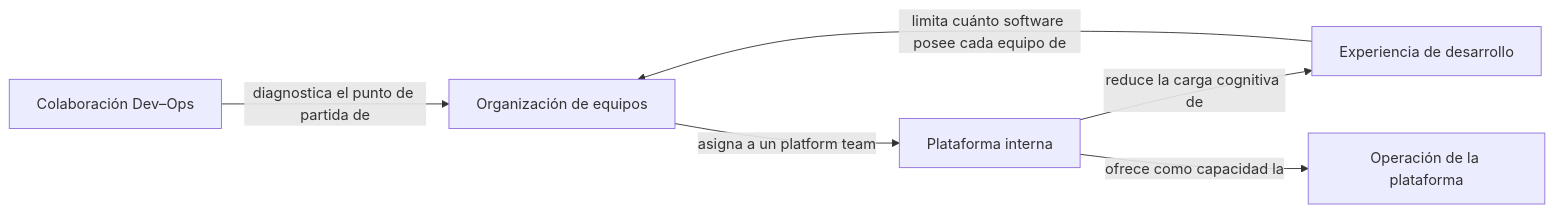
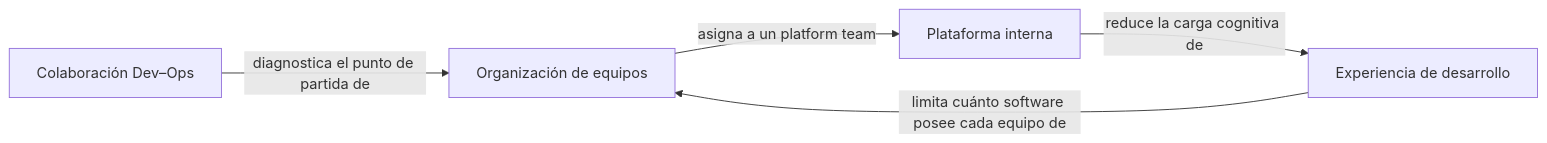
Before and after one commit to mtsdlf/conocimiento: the diagram in Platform-Engineering/platform-engineering.md, drawn with Mermaid. The commit also changed other lines of this file and 47 other files, not shown here.

````diff
--- a/Platform-Engineering/platform-engineering.md
+++ b/Platform-Engineering/platform-engineering.md
@@ -39,8 +42,7 @@
 ```mermaid
 flowchart LR
   CD[Colaboración Dev–Ops] -->|diagnostica el punto de partida de| OE[Organización de equipos]
   OE -->|asigna a un platform team| PI[Plataforma interna]
   PI -->|reduce la carga cognitiva de| ED[Experiencia de desarrollo]
   ED -->|limita cuánto software posee cada equipo de| OE
-  PI -->|ofrece como capacidad la| OP[Operación de la plataforma]
 ```
````
